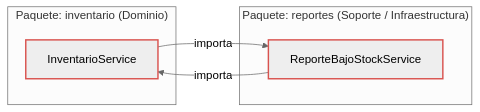
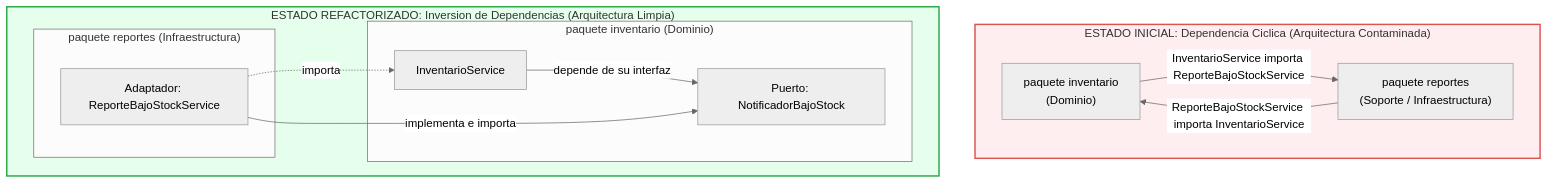
One commit to nicolaspalacio-bit/palacio-post1-u11 changed the third of 3 diagrams in README.md. Above: the diagram before and after it, drawn with Mermaid (neutral theme). The commit also changed other lines of this file and 12 other files, not shown here.

Commit message:
docs: completar README con diagrama de paquetes antes/despues y decisiones de la Parte 2

````diff
--- a/README.md
+++ b/README.md
@@ -152,15 +200,29 @@
 ```mermaid
-flowchart LR
-    subgraph inventario["Paquete: inventario (Dominio)"]
-        IS["InventarioService"]
-    end
-    subgraph reportes["Paquete: reportes (Soporte / Infraestructura)"]
-        RS["ReporteBajoStockService"]
+flowchart TD
+    subgraph ANTES["ESTADO INICIAL: Dependencia Ciclica (Arquitectura Contaminada)"]
+        direction LR
+        P_INV_A["paquete inventario\n(Dominio)"]
+        P_REP_A["paquete reportes\n(Soporte / Infraestructura)"]
+        P_INV_A -->|InventarioService importa ReporteBajoStockService| P_REP_A
+        P_REP_A -->|ReporteBajoStockService importa InventarioService| P_INV_A
     end
 
-    IS -->|importa| RS
-    RS -->|importa| IS
+    subgraph DESPUES["ESTADO REFACTORIZADO: Inversion de Dependencias (Arquitectura Limpia)"]
+        direction LR
+        subgraph P_INV_B["paquete inventario (Dominio)"]
+            IS_B["InventarioService"]
+            NBS_B["Puerto: NotificadorBajoStock"]
+            IS_B -->|depende de su interfaz| NBS_B
+        end
+        subgraph P_REP_B["paquete reportes (Infraestructura)"]
+            RS_B["Adaptador: ReporteBajoStockService"]
+        end
+        RS_B -->|implementa e importa| NBS_B
+        RS_B -.->|importa| IS_B
+    end
 
-    classDef cycle stroke:#d9534f,stroke-width:2px;
-    class IS,RS cycle;
+    classDef redStyle stroke:#d9534f,stroke-width:2px,fill:#ffeef0;
+    classDef greenStyle stroke:#28a745,stroke-width:2px,fill:#e6ffed;
+    class ANTES redStyle;
+    class DESPUES greenStyle;
 ```
````
